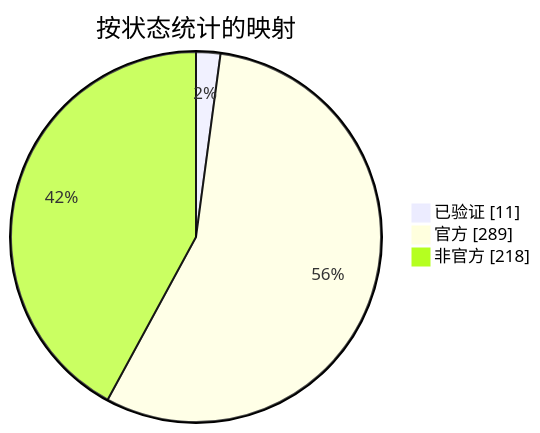
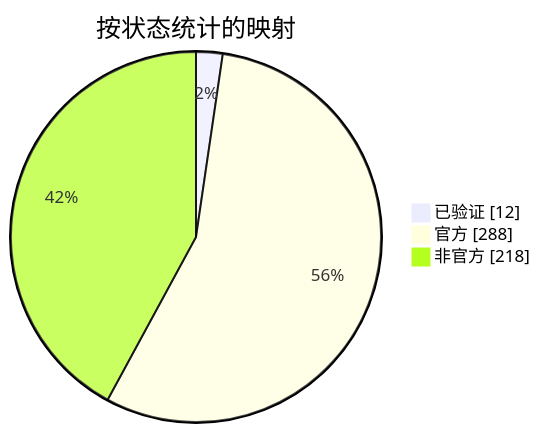
Before and after one commit to nobrega8/mbmap-library: the diagram in docs/readme/README_ZHS.md, drawn with Mermaid. The commit also changed 5 other files, not shown here.

````diff
--- a/docs/readme/README_ZHS.md
+++ b/docs/readme/README_ZHS.md
@@ -54,7 +54,7 @@
 ```mermaid
 pie showData
     title 按状态统计的映射
-    "已验证" : 11
-    "官方" : 289
+    "已验证" : 12
+    "官方" : 288
     "非官方" : 218
 ```
````
